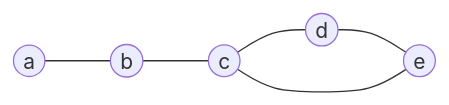
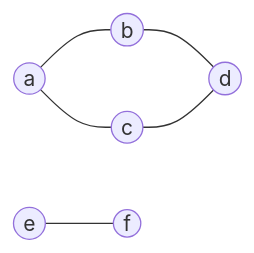
The third of 10 diagrams in src/content/posts/图.md (Meer-Matze/Meer-Matze.github.io), drawn with Mermaid before and after one commit. The commit also changed other lines of this file and 12 other files, not shown here.

````diff
--- a/src/content/posts/图.md
+++ b/src/content/posts/图.md
@@ -137,8 +118,6 @@
 ```mermaid
 graph LR
-  a((a)) --- b((b))
-  b --- c((c))
-  c --- d((d))
-  d --- e((e))
-  e --- c
+  a((a)) --- b((b)) & c((c)) --- d((d))
+  e((e)) --- f((f))
+
 ```
````
